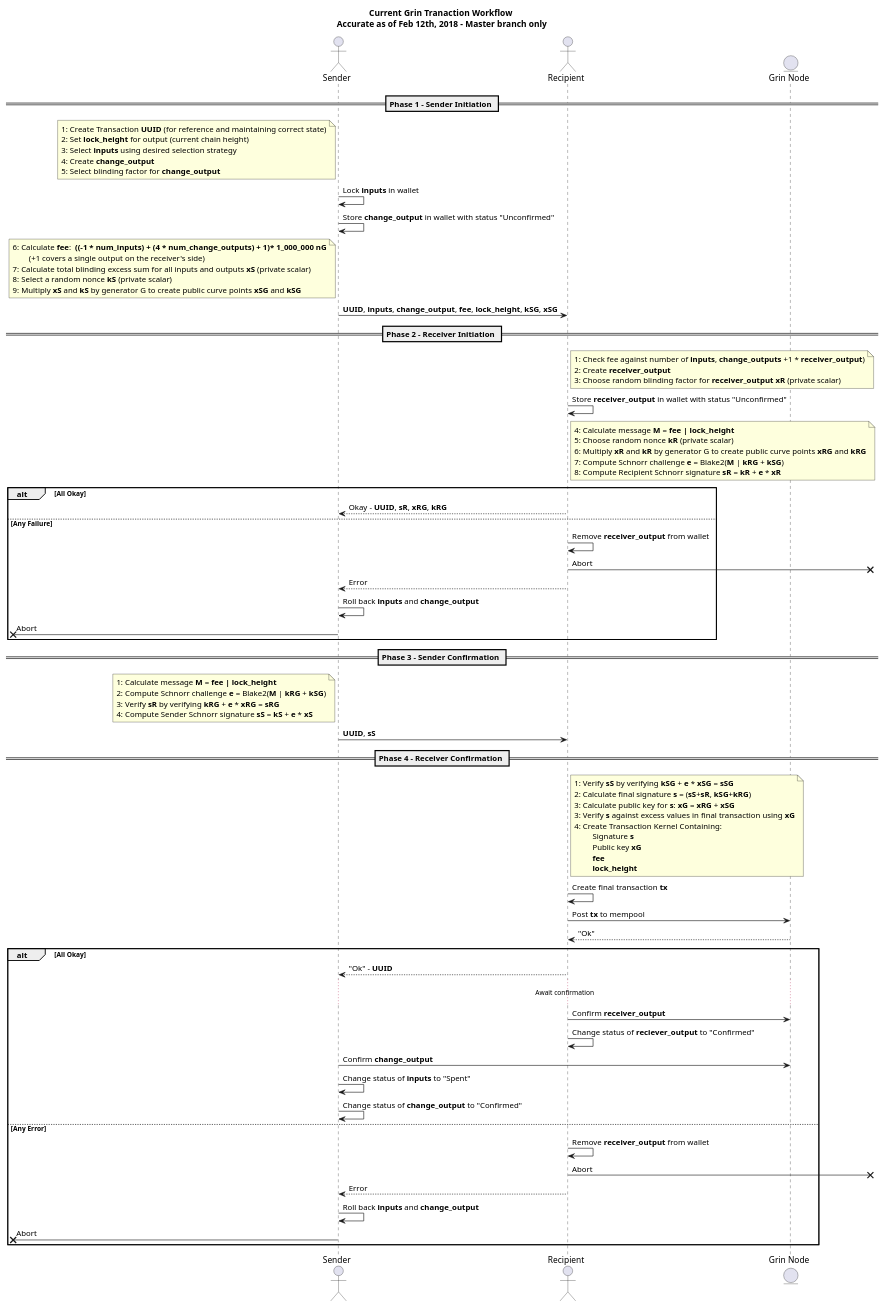
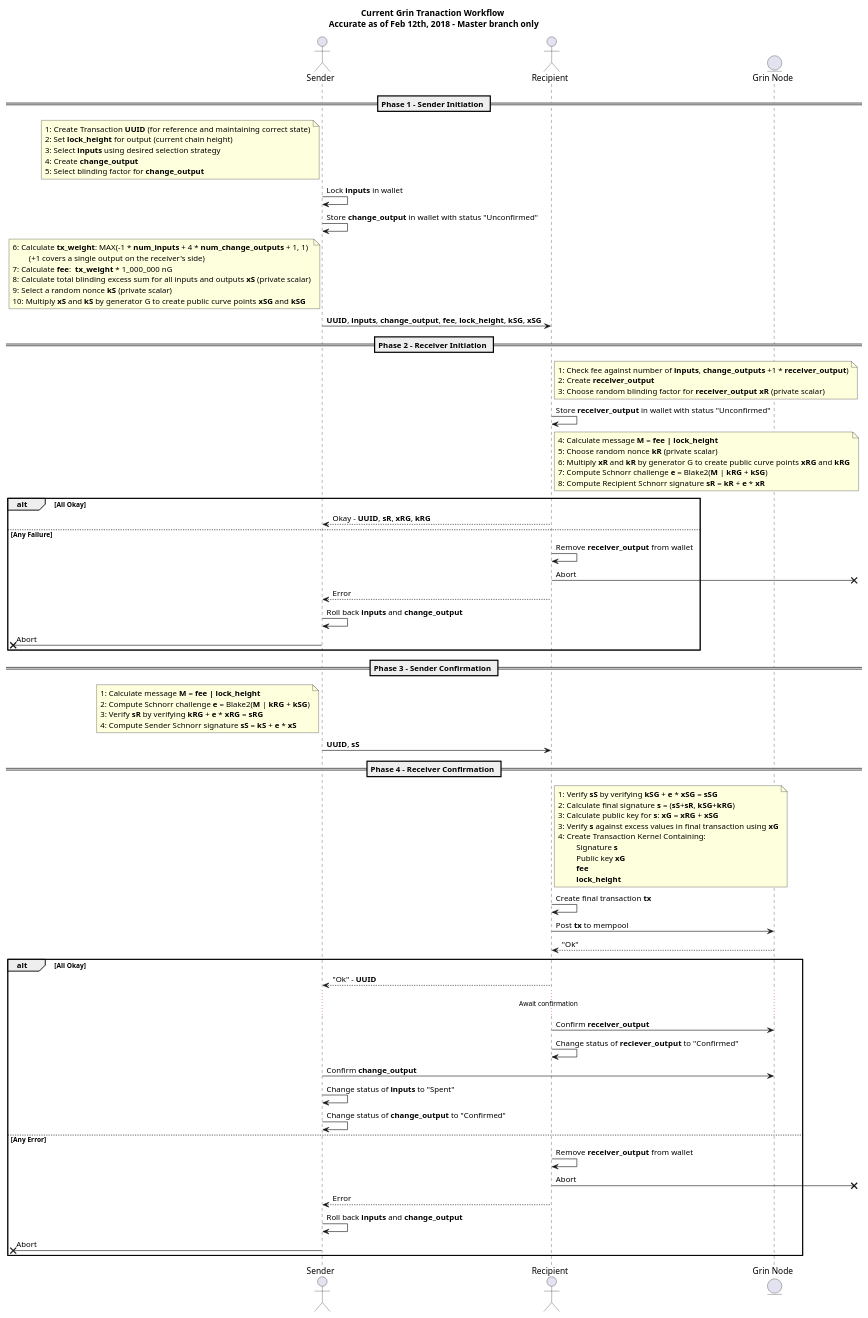
One commit to mimblewimble/grin changed the diagram in doc/transaction/grin-transaction.puml. Above: the diagram before and after it, drawn with PlantUML. The commit also changed 1 other file, not shown here.

Commit message:
clarify transaction weight on diagram

```diff
--- a/doc/transaction/grin-transaction.puml
+++ b/doc/transaction/grin-transaction.puml
@@ -1,94 +1,95 @@
 @startuml grin-transaction
 
 title 
 **Current Grin Tranaction Workflow** 
 Accurate as of Feb 12th, 2018 - Master branch only
 end title
 
 actor "Sender" as sender
 actor "Recipient" as recipient
 entity "Grin Node" as grin_node
 
 == Phase 1 - Sender Initiation ==
 
 note left of sender
 	1: Create Transaction **UUID** (for reference and maintaining correct state)
 	2: Set **lock_height** for output (current chain height)
 	3: Select **inputs** using desired selection strategy
 	4: Create **change_output** 
 	5: Select blinding factor for **change_output**
 end note
 sender -> sender: Lock **inputs** in wallet
 sender -> sender: Store **change_output** in wallet with status "Unconfirmed"
 note left of sender
-	6: Calculate **fee**:  **((-1 * num_inputs) + (4 * num_change_outputs) + 1)* 1_000_000 nG**
+	6: Calculate **tx_weight**: MAX(-1 * **num_inputs** + 4 * **num_change_outputs** + 1, 1)
 		(+1 covers a single output on the receiver's side)
-	7: Calculate total blinding excess sum for all inputs and outputs **xS** (private scalar)
-	8: Select a random nonce **kS** (private scalar)
-	9: Multiply **xS** and **kS** by generator G to create public curve points **xSG** and **kSG**
+	7: Calculate **fee**:  **tx_weight** * 1_000_000 nG
+	8: Calculate total blinding excess sum for all inputs and outputs **xS** (private scalar)
+	9: Select a random nonce **kS** (private scalar)
+	10: Multiply **xS** and **kS** by generator G to create public curve points **xSG** and **kSG**
 end note
 sender -> recipient: **UUID**, **inputs**, **change_output**, **fee**, **lock_height**, **kSG**, **xSG** 
 == Phase 2 - Receiver Initiation ==
 note right of recipient
 	1: Check fee against number of **inputs**, **change_outputs** +1 * **receiver_output**)
 	2: Create **receiver_output**
 	3: Choose random blinding factor for **receiver_output** **xR** (private scalar)
 end note
 recipient -> recipient: Store **receiver_output** in wallet with status "Unconfirmed"
 note right of recipient
 	4: Calculate message **M** = **fee | lock_height **
 	5: Choose random nonce **kR** (private scalar)
 	6: Multiply **xR** and **kR** by generator G to create public curve points **xRG** and **kRG**
 	7: Compute Schnorr challenge **e** = Blake2(**M** | **kRG** + **kSG**)
 	8: Compute Recipient Schnorr signature **sR** = **kR** + **e** * **xR**
 end note
 alt All Okay
 recipient --> sender: Okay - **UUID**, **sR**, **xRG**, **kRG**
 else Any Failure
 recipient -> recipient: Remove **receiver_output** from wallet
 recipient ->x]: Abort
 recipient --> sender: Error
 sender -> sender: Roll back **inputs** and **change_output**
 [x<- sender: Abort
 end
 == Phase 3 - Sender Confirmation ==
 note left of sender
 	1: Calculate message **M** = **fee | lock_height **
 	2: Compute Schnorr challenge **e** = Blake2(**M** | **kRG** + **kSG**)
 	3: Verify **sR** by verifying **kRG** + **e** * **xRG** = **sRG**
 	4: Compute Sender Schnorr signature **sS** = **kS** + **e** * **xS**
 end note
 sender -> recipient: **UUID**, **sS**
 == Phase 4 - Receiver Confirmation ==
 note right of recipient
 	1: Verify **sS** by verifying **kSG** + **e** * **xSG** = **sSG**
 	2: Calculate final signature **s** = (**sS**+**sR**, **kSG**+**kRG**)
 	3: Calculate public key for **s**: **xG** = **xRG** + **xSG**
 	3: Verify **s** against excess values in final transaction using **xG**
 	4: Create Transaction Kernel Containing:
 		 Signature **s** 
 		 Public key **xG**
 		 **fee**
 		 **lock_height**
 end note
 recipient -> recipient: Create final transaction **tx**
 recipient -> grin_node: Post **tx** to mempool
 grin_node --> recipient: "Ok"
 alt All Okay
 recipient --> sender: "Ok" - **UUID**
 ...Await confirmation...
 recipient -> grin_node: Confirm **receiver_output**
 recipient -> recipient: Change status of **reciever_output** to "Confirmed"
 sender -> grin_node: Confirm **change_output**
 sender -> sender: Change status of **inputs** to "Spent"
 sender -> sender: Change status of **change_output** to "Confirmed"
 else Any Error
 recipient -> recipient: Remove **receiver_output** from wallet
 recipient ->x]: Abort
 recipient --> sender: Error
 sender -> sender: Roll back **inputs** and **change_output**
 [x<- sender: Abort
 end
 
 
 @enduml
```
